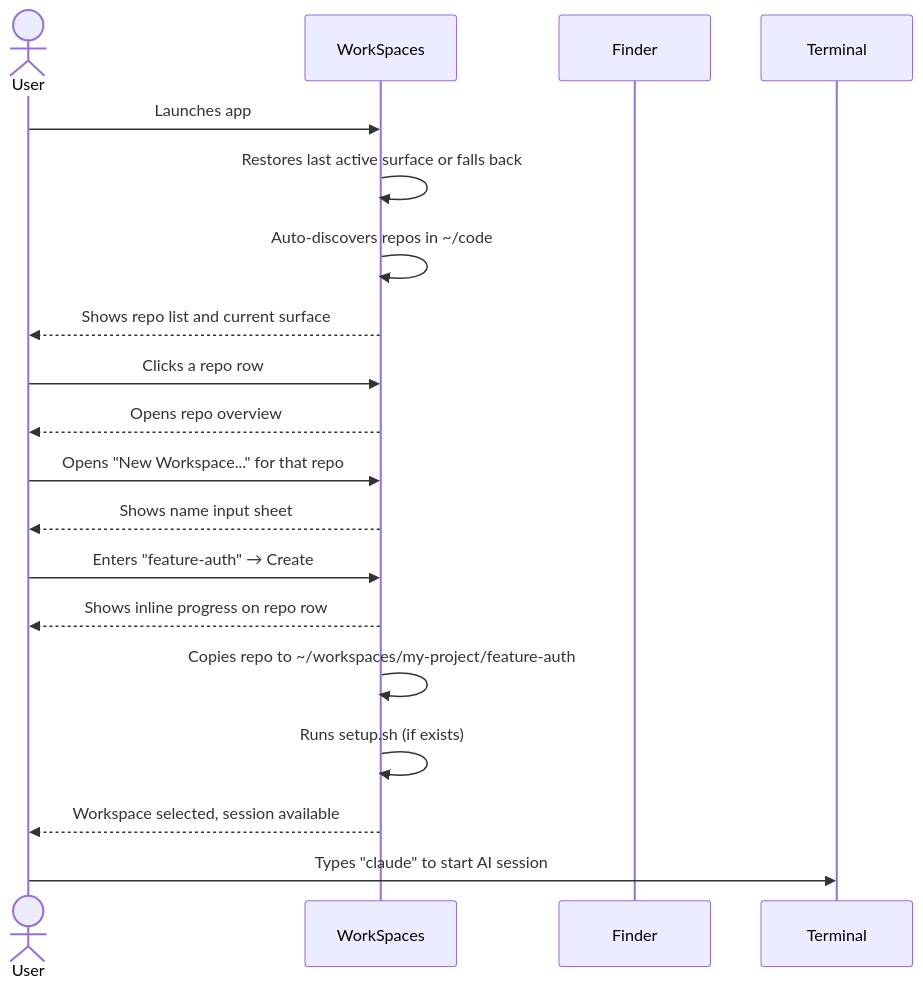
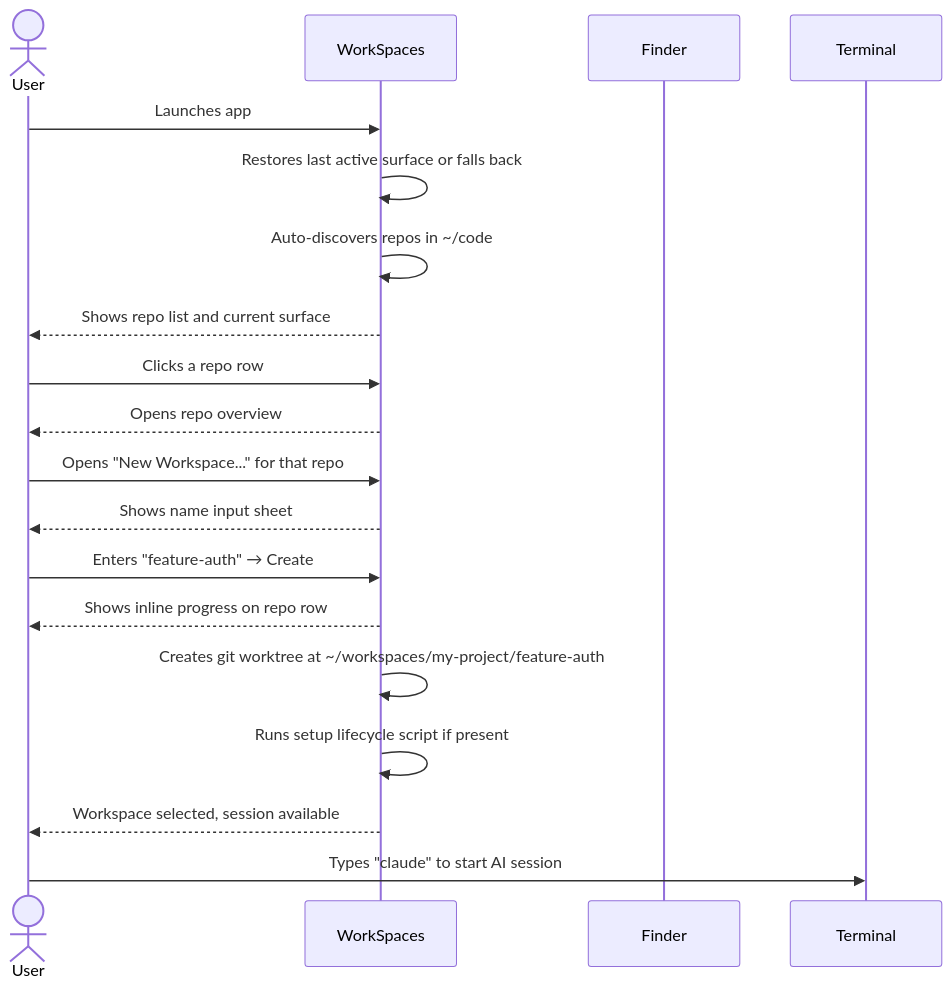
Before and after one commit to fairchild/workspaces: the first of 7 diagrams in docs/user-stories.md, drawn with Mermaid. The commit also changed other lines of this file and 8 other files, not shown here.

Commit message:
Run project lifecycle scripts for local workspaces

````diff
--- a/docs/user-stories.md
+++ b/docs/user-stories.md
@@ -29,22 +29,22 @@
 ```mermaid
 sequenceDiagram
     actor User
     participant App as WorkSpaces
     participant Finder
     participant Terminal
 
     User->>App: Launches app
     App->>App: Restores last active surface or falls back
     App->>App: Auto-discovers repos in ~/code
     App-->>User: Shows repo list and current surface
     User->>App: Clicks a repo row
     App-->>User: Opens repo overview
     User->>App: Opens "New Workspace..." for that repo
     App-->>User: Shows name input sheet
     User->>App: Enters "feature-auth" → Create
     App-->>User: Shows inline progress on repo row
-    App->>App: Copies repo to ~/workspaces/my-project/feature-auth
-    App->>App: Runs setup.sh (if exists)
+    App->>App: Creates git worktree at ~/workspaces/my-project/feature-auth
+    App->>App: Runs setup lifecycle script if present
     App-->>User: Workspace selected, session available
     User->>Terminal: Types "claude" to start AI session
 ```
````
